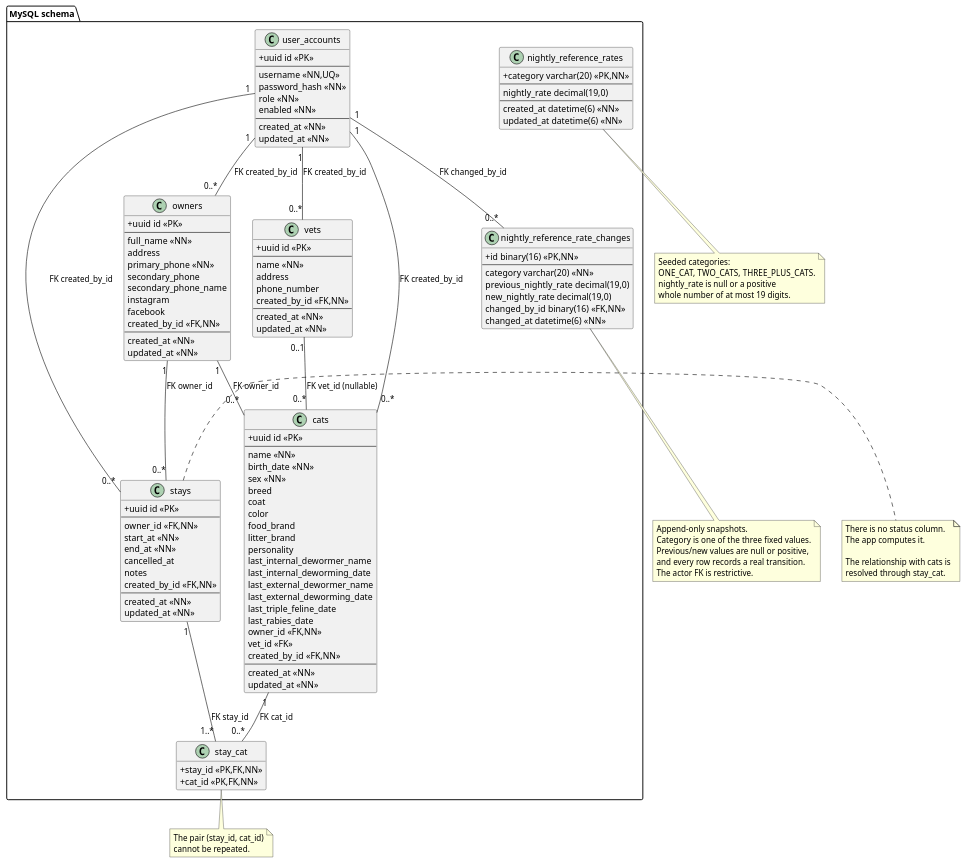
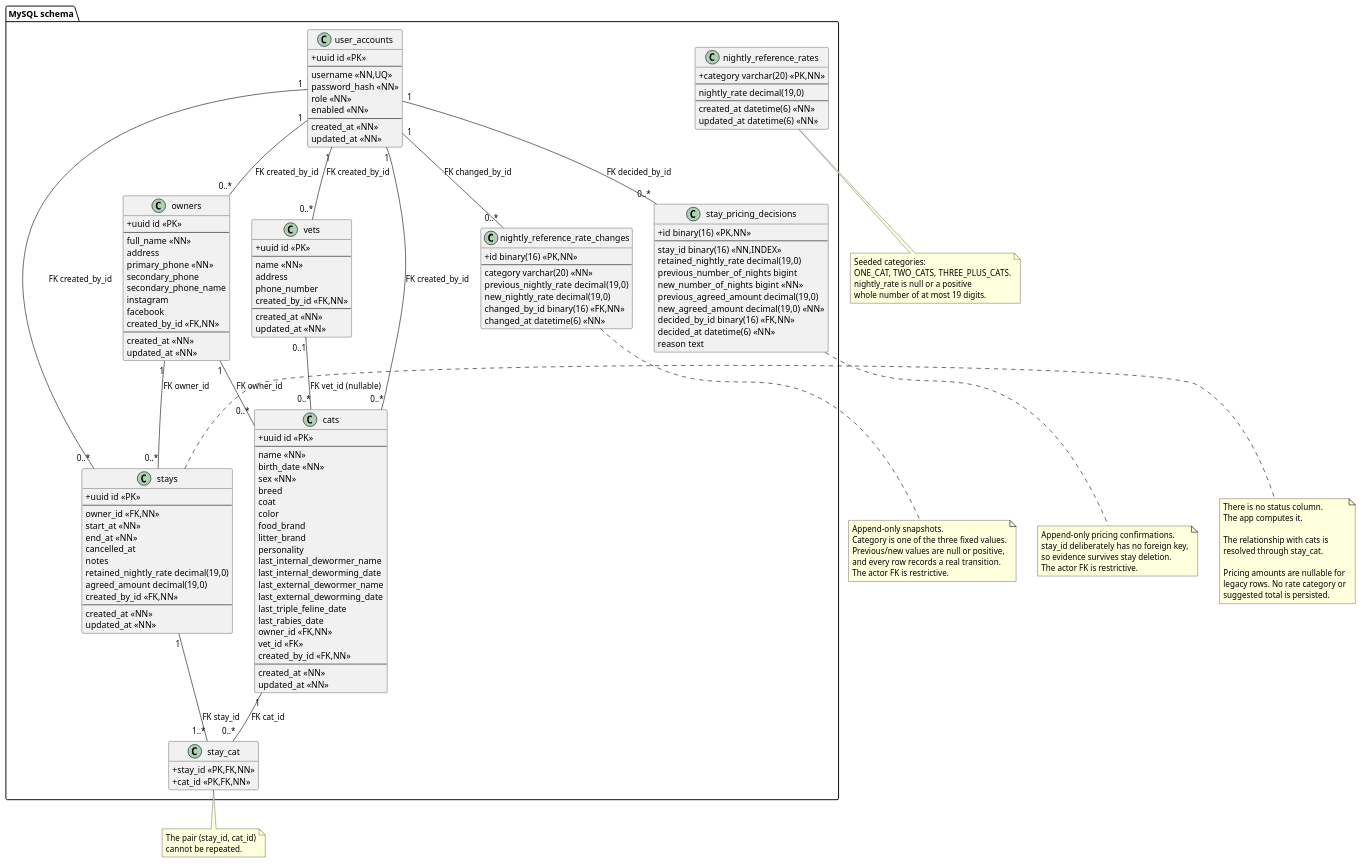
Before and after one commit to TheZenithPassage/catworld: the diagram in docs/uml/02-db-schema.puml, drawn with PlantUML. The commit also changed 21 other files, not shown here.

Commit message:
feat(backend): retain and confirm stay pricing

```diff
--- a/docs/uml/02-db-schema.puml
+++ b/docs/uml/02-db-schema.puml
@@ -1,152 +1,180 @@
 @startuml
 hide methods
 hide stereotypes
 skinparam classAttributeIconSize 0
 
 package "MySQL schema" {
 
   class owners <<table>> {
     +uuid id <<PK>>
     --
     full_name <<NN>>
     address
     primary_phone <<NN>>
     secondary_phone
     secondary_phone_name
     instagram
     facebook
     created_by_id <<FK,NN>>
     --
     created_at <<NN>>
     updated_at <<NN>>
   }
 
   class vets <<table>> {
     +uuid id <<PK>>
     --
     name <<NN>>
     address
     phone_number
     created_by_id <<FK,NN>>
     --
     created_at <<NN>>
     updated_at <<NN>>
   }
 
   class cats <<table>> {
     +uuid id <<PK>>
     --
     name <<NN>>
     birth_date <<NN>>
     sex <<NN>>
     breed
     coat
     color
     food_brand
     litter_brand
     personality
     last_internal_dewormer_name
     last_internal_deworming_date
     last_external_dewormer_name
     last_external_deworming_date
     last_triple_feline_date
     last_rabies_date
     owner_id <<FK,NN>>
     vet_id <<FK>>
     created_by_id <<FK,NN>>
     --
     created_at <<NN>>
     updated_at <<NN>>
   }
 
   class stays <<table>> {
     +uuid id <<PK>>
     --
     owner_id <<FK,NN>>
     start_at <<NN>>
     end_at <<NN>>
     cancelled_at
     notes
+    retained_nightly_rate decimal(19,0)
+    agreed_amount decimal(19,0)
     created_by_id <<FK,NN>>
     --
     created_at <<NN>>
     updated_at <<NN>>
   }
 
   class stay_cat <<table>> {
     +stay_id <<PK,FK,NN>>
     +cat_id <<PK,FK,NN>>
   }
 
   class user_accounts <<table>> {
     +uuid id <<PK>>
     --
     username <<NN,UQ>>
     password_hash <<NN>>
     role <<NN>>
     enabled <<NN>>
     --
     created_at <<NN>>
     updated_at <<NN>>
   }
 
   class nightly_reference_rates <<table>> {
     +category varchar(20) <<PK,NN>>
     --
     nightly_rate decimal(19,0)
     --
     created_at datetime(6) <<NN>>
     updated_at datetime(6) <<NN>>
   }
 
   class nightly_reference_rate_changes <<table>> {
     +id binary(16) <<PK,NN>>
     --
     category varchar(20) <<NN>>
     previous_nightly_rate decimal(19,0)
     new_nightly_rate decimal(19,0)
     changed_by_id binary(16) <<FK,NN>>
     changed_at datetime(6) <<NN>>
   }
 
+  class stay_pricing_decisions <<table>> {
+    +id binary(16) <<PK,NN>>
+    --
+    stay_id binary(16) <<NN,INDEX>>
+    retained_nightly_rate decimal(19,0)
+    previous_number_of_nights bigint
+    new_number_of_nights bigint <<NN>>
+    previous_agreed_amount decimal(19,0)
+    new_agreed_amount decimal(19,0) <<NN>>
+    decided_by_id binary(16) <<FK,NN>>
+    decided_at datetime(6) <<NN>>
+    reason text
+  }
+
   owners "1" -- "0..*" cats : FK owner_id
   vets   "0..1" -- "0..*" cats : FK vet_id (nullable)
   owners "1" -- "0..*" stays : FK owner_id
   stays  "1" -- "1..*" stay_cat : FK stay_id
   cats   "1" -- "0..*" stay_cat : FK cat_id
   user_accounts "1" -- "0..*" owners : FK created_by_id
   user_accounts "1" -- "0..*" cats : FK created_by_id
   user_accounts "1" -- "0..*" vets : FK created_by_id
   user_accounts "1" -- "0..*" stays : FK created_by_id
   user_accounts "1" -- "0..*" nightly_reference_rate_changes : FK changed_by_id
+  user_accounts "1" -- "0..*" stay_pricing_decisions : FK decided_by_id
 }
 
 note right of stays
 There is no status column.
 The app computes it.
 
 The relationship with cats is
 resolved through stay_cat.
+
+Pricing amounts are nullable for
+legacy rows. No rate category or
+suggested total is persisted.
 end note
 
 note bottom of stay_cat
 The pair (stay_id, cat_id)
 cannot be repeated.
 end note
 
 note bottom of nightly_reference_rates
 Seeded categories:
 ONE_CAT, TWO_CATS, THREE_PLUS_CATS.
 nightly_rate is null or a positive
 whole number of at most 19 digits.
 end note
 
 note bottom of nightly_reference_rate_changes
 Append-only snapshots.
 Category is one of the three fixed values.
 Previous/new values are null or positive,
 and every row records a real transition.
 The actor FK is restrictive.
 end note
 
+note bottom of stay_pricing_decisions
+Append-only pricing confirmations.
+stay_id deliberately has no foreign key,
+so evidence survives stay deletion.
+The actor FK is restrictive.
+end note
+
 @enduml
```
